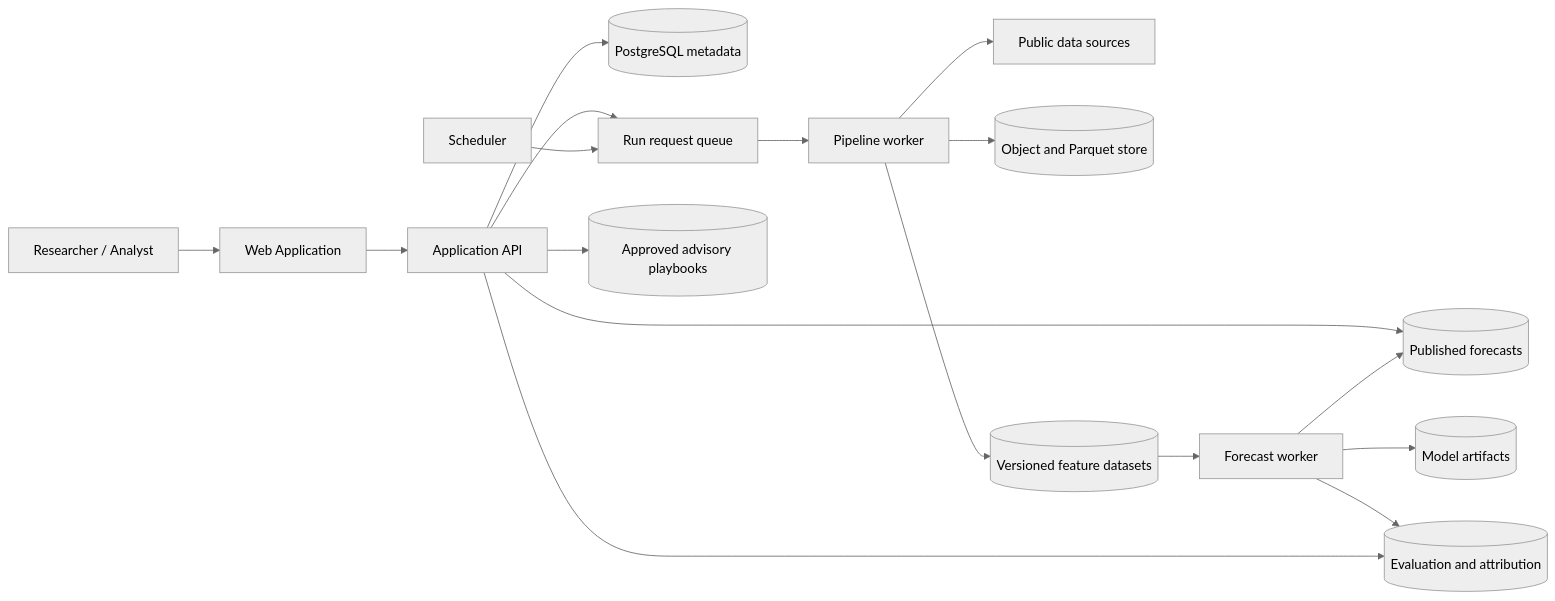
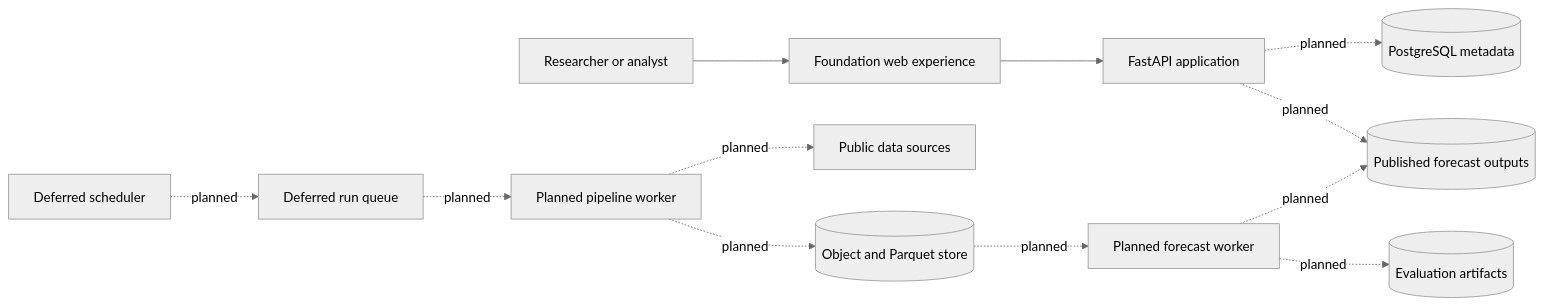
The diagram in docs/architecture/ARCHITECTURE.md (Gl4d3/shamba-signal), drawn with Mermaid (neutral theme) before and after one commit. The commit also changed other lines of this file and 29 other files, not shown here.

````diff
--- a/docs/architecture/ARCHITECTURE.md
+++ b/docs/architecture/ARCHITECTURE.md
@@ -19,19 +37,14 @@
 ```mermaid
 flowchart LR
-    analyst[Researcher / Analyst] --> web[Web Application]
-    web --> api[Application API]
-    api --> metadata[(PostgreSQL metadata)]
-    api --> published[(Published forecasts)]
-    api --> runq[Run request queue]
-    scheduler[Scheduler] --> runq
-    runq --> pipeline[Pipeline worker]
-    pipeline --> sources[Public data sources]
-    pipeline --> object[(Object and Parquet store)]
-    pipeline --> feature[(Versioned feature datasets)]
-    feature --> forecast[Forecast worker]
-    forecast --> models[(Model artifacts)]
-    forecast --> published
-    forecast --> evidence[(Evaluation and attribution)]
-    api --> evidence
-    api --> playbooks[(Approved advisory playbooks)]
+    analyst[Researcher or analyst] --> web[Foundation web experience]
+    web --> api[FastAPI application]
+    api -. planned .-> metadata[(PostgreSQL metadata)]
+    api -. planned .-> published[(Published forecast outputs)]
+    scheduler[Deferred scheduler] -. planned .-> runq[Deferred run queue]
+    runq -. planned .-> pipeline[Planned pipeline worker]
+    pipeline -. planned .-> sources[Public data sources]
+    pipeline -. planned .-> object[(Object and Parquet store)]
+    object -. planned .-> forecast[Planned forecast worker]
+    forecast -. planned .-> published
+    forecast -. planned .-> evidence[(Evaluation artifacts)]
 ```
````
